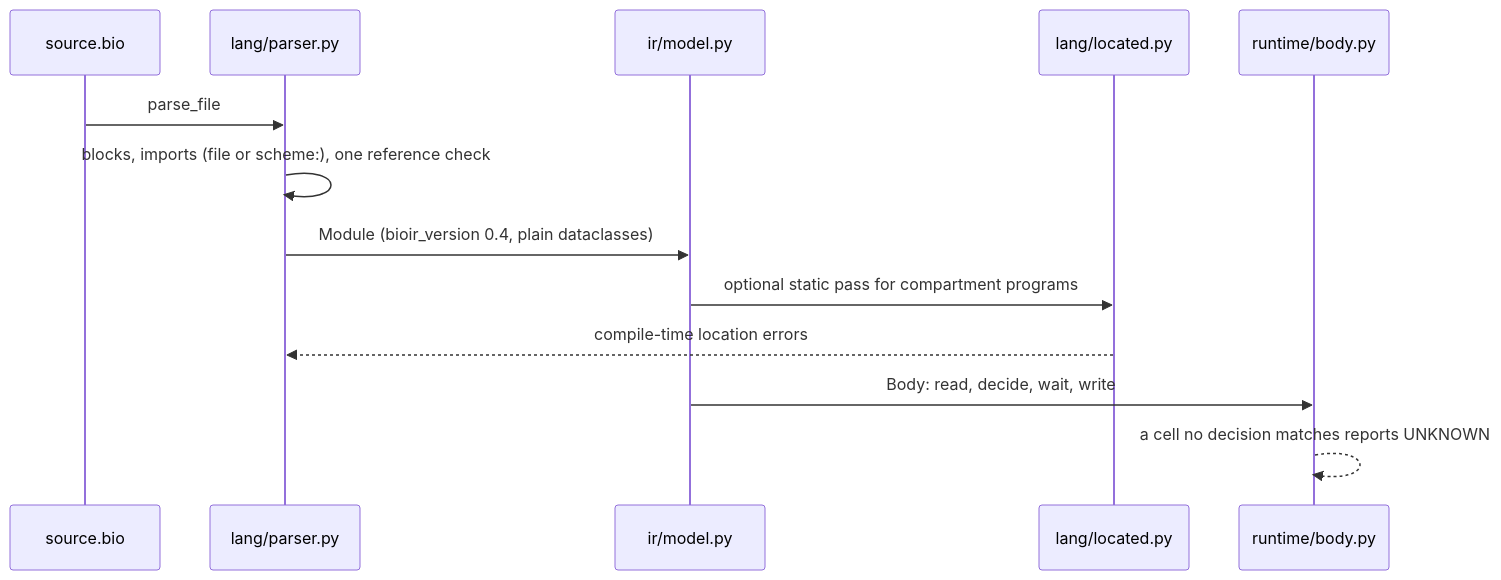
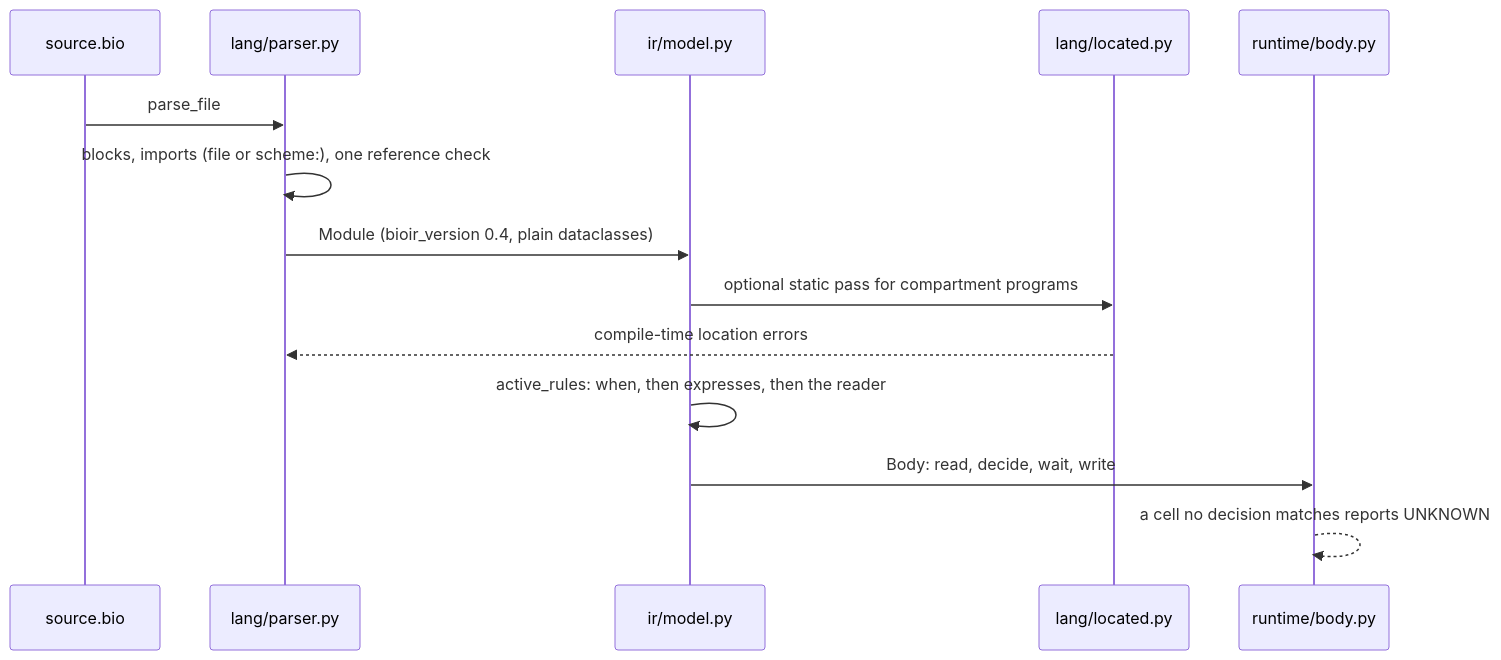
One commit to albert-canfield/GenomeOS changed the second of 2 diagrams in docs/CODEBASE_MAP.md. Above: the diagram before and after it, drawn with Mermaid. The commit also changed other lines of this file, not shown here.

````diff
--- a/docs/CODEBASE_MAP.md
+++ b/docs/CODEBASE_MAP.md
@@ -165,16 +204,17 @@
 ```mermaid
 sequenceDiagram
     participant S as source.bio
     participant P as lang/parser.py
     participant I as ir/model.py
     participant L as lang/located.py
     participant R as runtime/body.py
 
     S->>P: parse_file
     P->>P: blocks, imports (file or scheme:), one reference check
     P->>I: Module (bioir_version 0.4, plain dataclasses)
     I->>L: optional static pass for compartment programs
     L-->>P: compile-time location errors
+    I->>I: active_rules: when, then expresses, then the reader
     I->>R: Body: read, decide, wait, write
     R-->>R: a cell no decision matches reports UNKNOWN
 ```
````
